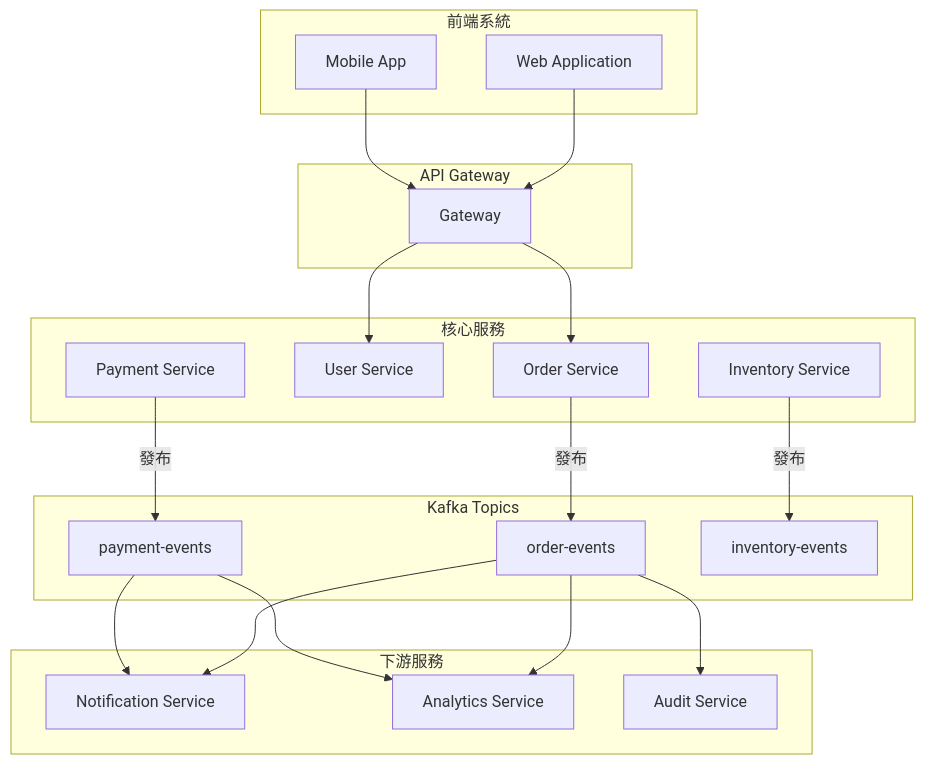
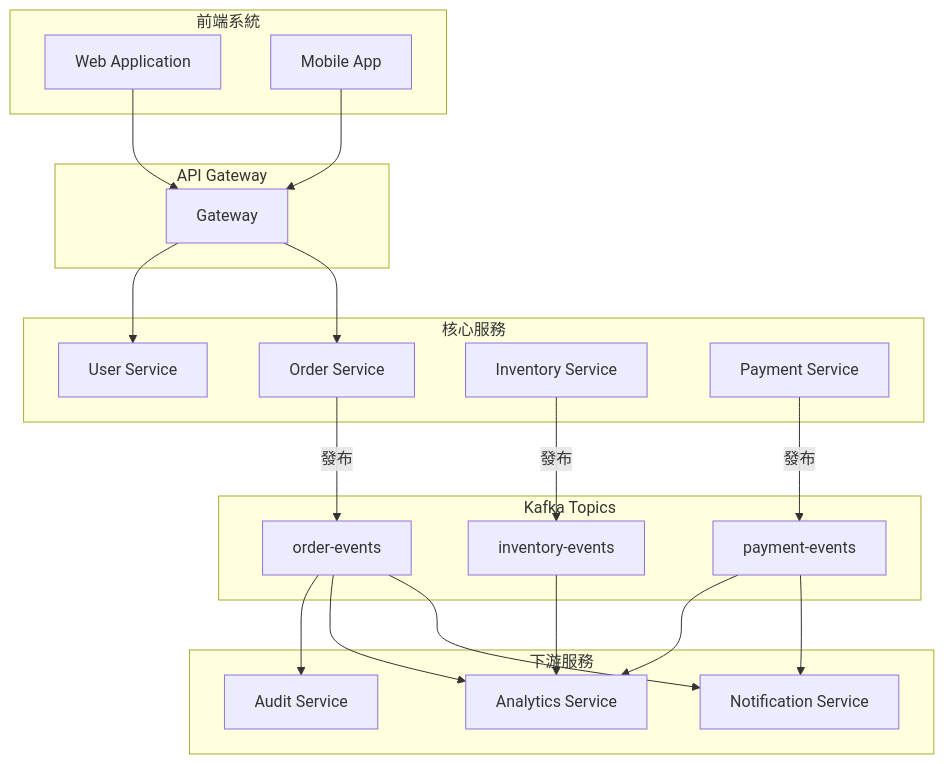
Before and after one commit to chihhung/Blog: diagram 16 of 29 in content/posts/教學/工具/Kafka教學手冊.md, drawn with Mermaid. The commit also changed other lines of this file and 10 other files, not shown here.

````diff
--- a/content/posts/教學/工具/Kafka教學手冊.md
+++ b/content/posts/教學/工具/Kafka教學手冊.md
@@ -1526,45 +2919,46 @@
 ```mermaid
 flowchart TB
     subgraph 前端系統
         WEB[Web Application]
         APP[Mobile App]
     end
-    
-    subgraph API Gateway
+
+    subgraph GW層[API Gateway]
         GW[Gateway]
     end
-    
+
     subgraph 核心服務
         ORDER[Order Service]
         USER[User Service]
         INVENTORY[Inventory Service]
         PAYMENT[Payment Service]
     end
-    
-    subgraph Kafka Topics
+
+    subgraph KT[Kafka Topics]
         T1[order-events]
         T2[payment-events]
         T3[inventory-events]
     end
-    
+
     subgraph 下游服務
         NOTIFY[Notification Service]
         ANALYTICS[Analytics Service]
         AUDIT[Audit Service]
     end
-    
+
     WEB --> GW
     APP --> GW
     GW --> ORDER
     GW --> USER
-    
+
     ORDER -->|發布| T1
     PAYMENT -->|發布| T2
     INVENTORY -->|發布| T3
-    
+
     T1 --> NOTIFY
     T1 --> ANALYTICS
     T1 --> AUDIT
     T2 --> NOTIFY
     T2 --> ANALYTICS
+    T3 --> ANALYTICS
 ```
````
